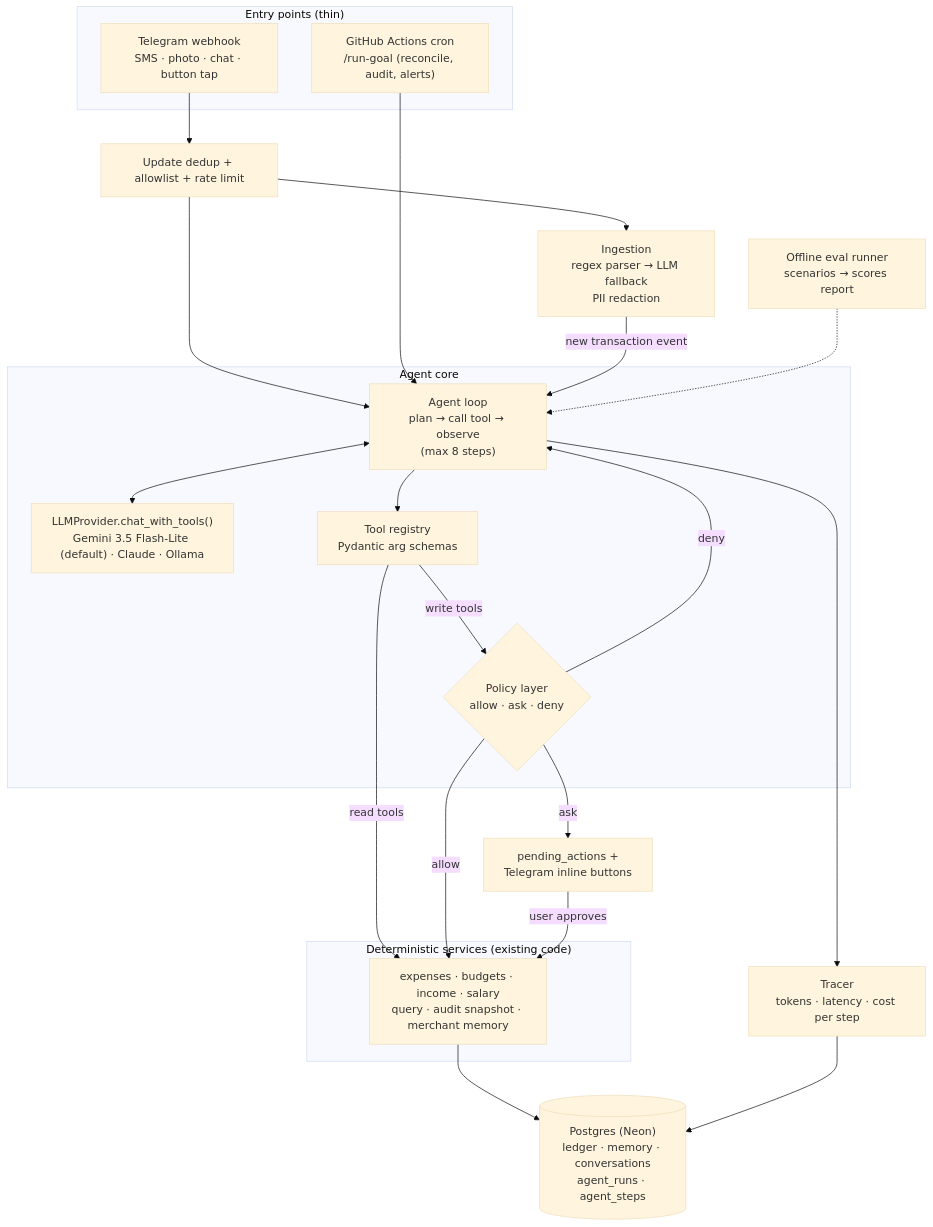
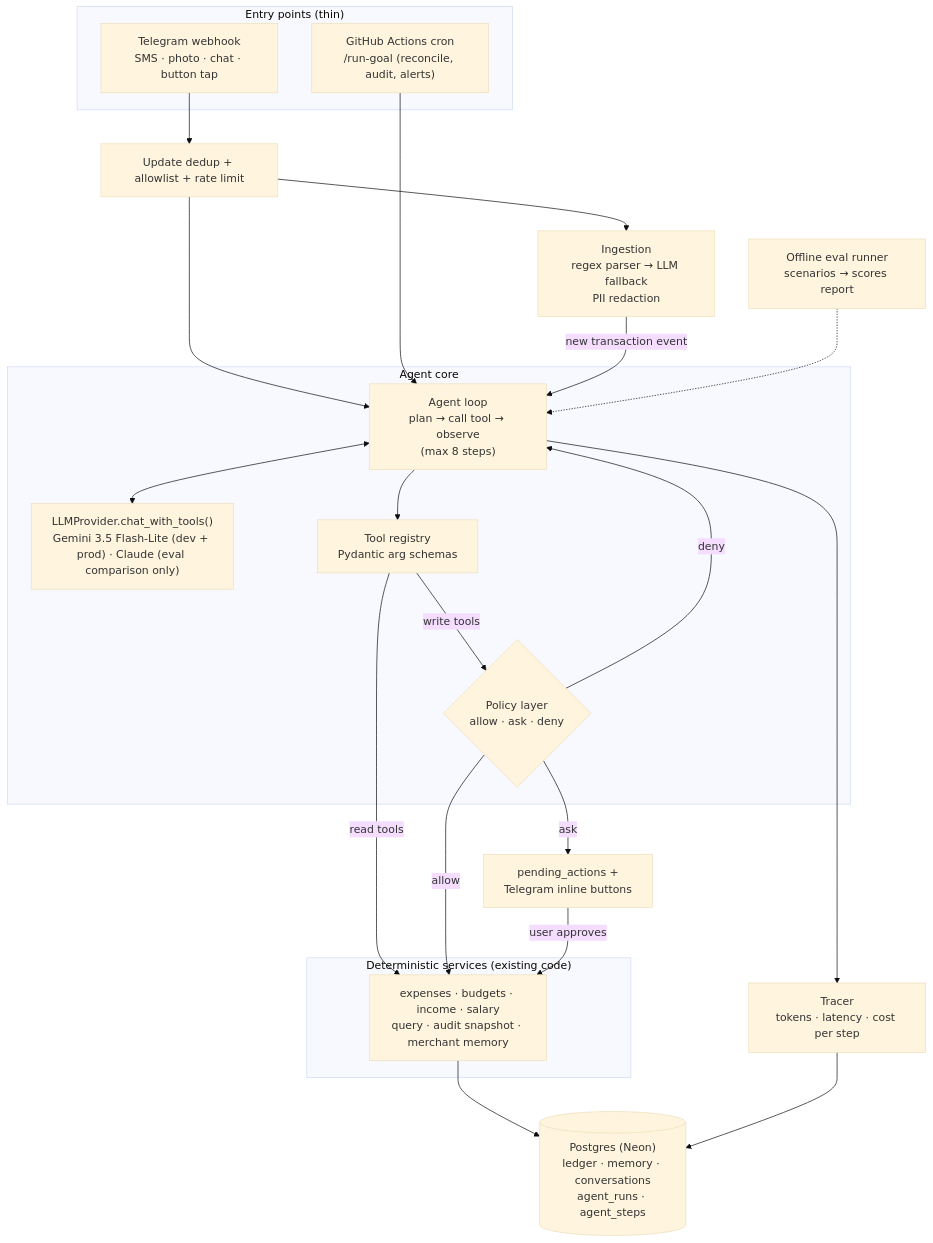
The first of 2 diagrams in docs/AGENT_DESIGN.md (mohammedanasfl/PocketAuditor), drawn with Mermaid (base theme) before and after one commit. The commit also changed other lines of this file, not shown here.

First line of the commit message:
docs: Gemini for local dev too; savings amount varies, plan uses measured transfers

````diff
--- a/docs/AGENT_DESIGN.md
+++ b/docs/AGENT_DESIGN.md
@@ -54,39 +54,39 @@
 ```mermaid
 flowchart TB
     subgraph Entry["Entry points (thin)"]
         TG["Telegram webhook<br/>SMS · photo · chat · button tap"]
         CRON["GitHub Actions cron<br/>/run-goal (reconcile, audit, alerts)"]
     end
 
     TG --> DEDUP["Update dedup + allowlist + rate limit"]
     DEDUP --> ING["Ingestion<br/>regex parser → LLM fallback<br/>PII redaction"]
     DEDUP --> AG
     CRON --> AG
     ING -->|"new transaction event"| AG
 
     subgraph Core["Agent core"]
         AG["Agent loop<br/>plan → call tool → observe<br/>(max 8 steps)"]
-        LLM["LLMProvider.chat_with_tools()<br/>Gemini 3.5 Flash-Lite (default) · Claude · Ollama"]
+        LLM["LLMProvider.chat_with_tools()<br/>Gemini 3.5 Flash-Lite (dev + prod) · Claude (eval comparison only)"]
         REG["Tool registry<br/>Pydantic arg schemas"]
         POL{"Policy layer<br/>allow · ask · deny"}
     end
 
     AG <--> LLM
     AG --> REG
     REG -->|read tools| SVC
     REG -->|write tools| POL
     POL -->|allow| SVC
     POL -->|ask| HITL["pending_actions +<br/>Telegram inline buttons"]
     HITL -->|"user approves"| SVC
     POL -->|deny| AG
 
     subgraph Services["Deterministic services (existing code)"]
         SVC["expenses · budgets · income · salary<br/>query · audit snapshot · merchant memory"]
     end
 
     SVC --> DB[("Postgres (Neon)<br/>ledger · memory · conversations<br/>agent_runs · agent_steps")]
     AG --> TRACE["Tracer<br/>tokens · latency · cost per step"]
     TRACE --> DB
 
     EVAL["Offline eval runner<br/>scenarios → scores report"] -.-> AG
 ```
````
